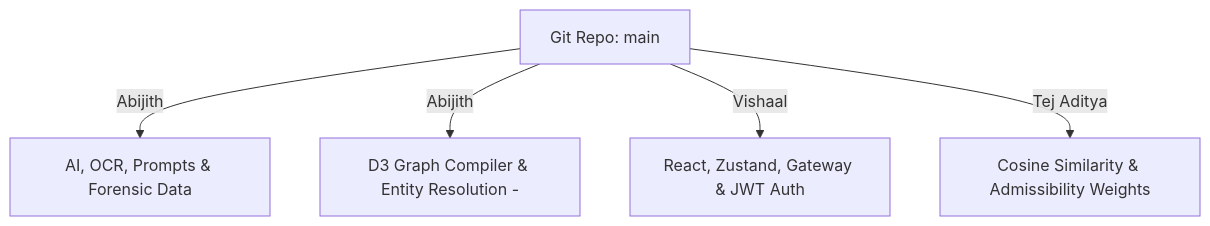
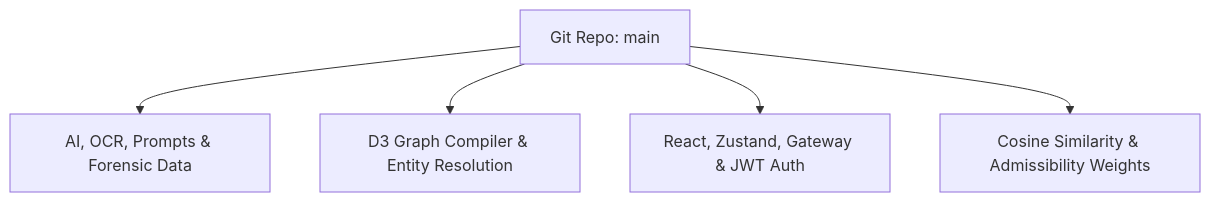
One commit to abi131205/VAJRA.AI changed the second of 2 diagrams in README.md. Above: the diagram before and after it, drawn with Mermaid. The commit also changed other lines of this file, not shown here.

````diff
--- a/README.md
+++ b/README.md
@@ -126,7 +126,7 @@
 ```mermaid
 graph TD
-    Repo[Git Repo: main] -->|Abijith| AI[AI, OCR, Prompts & Forensic Data]
-    Repo -->|Abijith| Viz[D3 Graph Compiler & Entity Resolution -]
-    Repo -->|Vishaal| Fullstack[React, Zustand, Gateway & JWT Auth]
-    Repo -->|Tej Aditya| ML[Cosine Similarity & Admissibility Weights]
+    Repo[Git Repo: main] --> AI[AI, OCR, Prompts & Forensic Data]
+    Repo --> Viz[D3 Graph Compiler & Entity Resolution]
+    Repo --> Fullstack[React, Zustand, Gateway & JWT Auth]
+    Repo --> ML[Cosine Similarity & Admissibility Weights]
 ```
````
